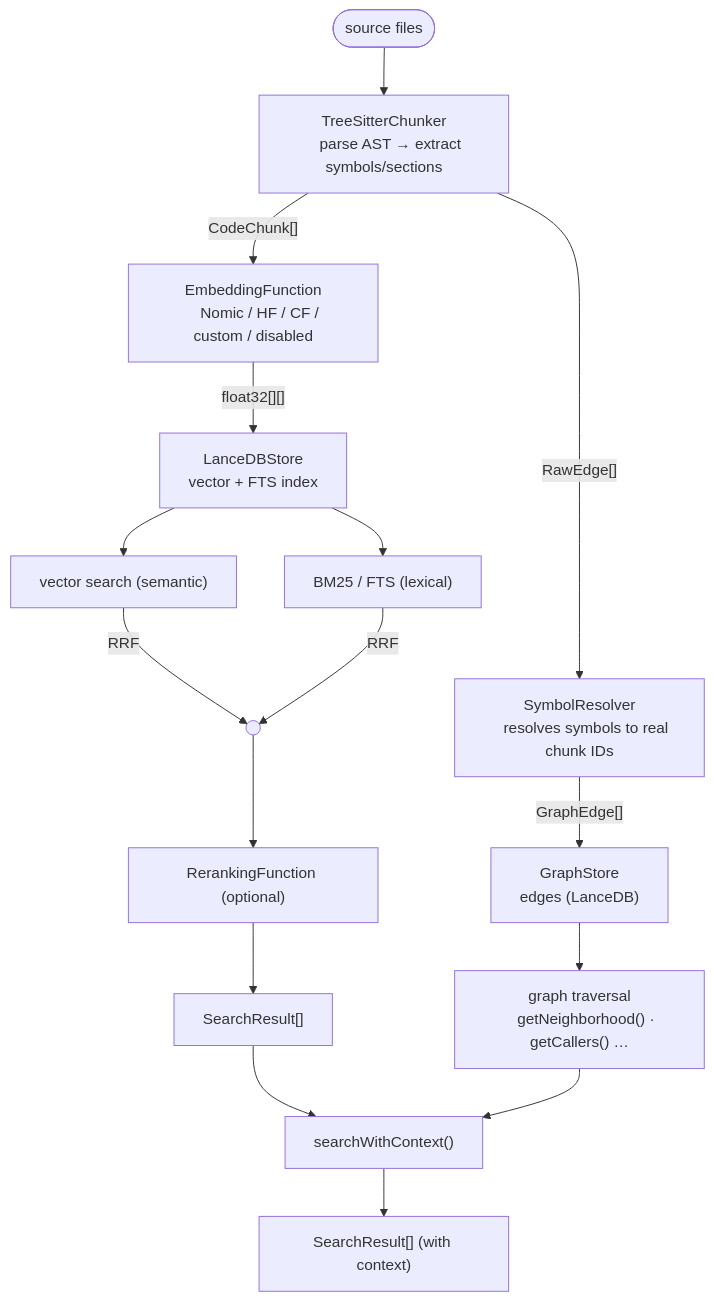
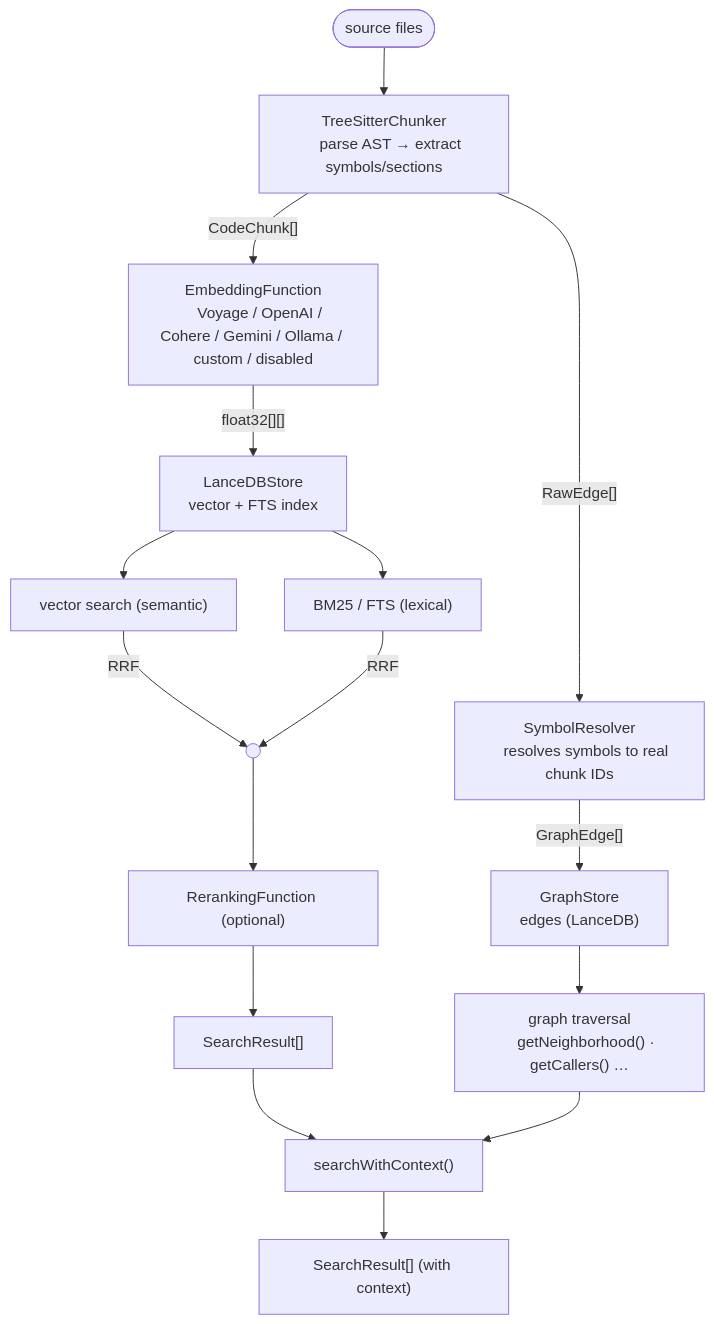
Before and after one commit to upstart-gg/lucerna: the first of 3 diagrams in docs/src/content/docs/concepts/how-it-works.mdx, drawn with Mermaid. The commit also changed other lines of this file and 65 other files, not shown here.

````diff
--- a/docs/src/content/docs/concepts/how-it-works.mdx
+++ b/docs/src/content/docs/concepts/how-it-works.mdx
@@ -8,38 +8,38 @@
 ```mermaid
 flowchart TD
     FILES([source files]) --> TSC
 
     TSC["TreeSitterChunker
     parse AST → extract symbols/sections"]
 
     TSC -->|"CodeChunk[]"| EMB
     TSC -->|"RawEdge[]"| SR
 
     EMB["EmbeddingFunction
-    Nomic / HF / CF / custom / disabled"]
+    Voyage / OpenAI / Cohere / Gemini / Ollama / custom / disabled"]
     SR["SymbolResolver
     resolves symbols to real chunk IDs"]
 
     EMB -->|"float32[][]"| LDB
     SR -->|"GraphEdge[]"| GS
 
     LDB["LanceDBStore
     vector + FTS index"]
     GS["GraphStore
     edges (LanceDB)"]
 
     LDB --> VS["vector search (semantic)"]
     LDB --> BM25["BM25 / FTS (lexical)"]
     GS --> GT["graph traversal
     getNeighborhood() · getCallers() …"]
 
     VS -->|RRF| RRF((" "))
     BM25 -->|RRF| RRF
 
     RRF --> RE["RerankingFunction (optional)"]
     RE --> SR2["SearchResult[]"]
 
     SR2 --> SWC["searchWithContext()"]
     GT --> SWC
     SWC --> SR3["SearchResult[] (with context)"]
 ```
````
